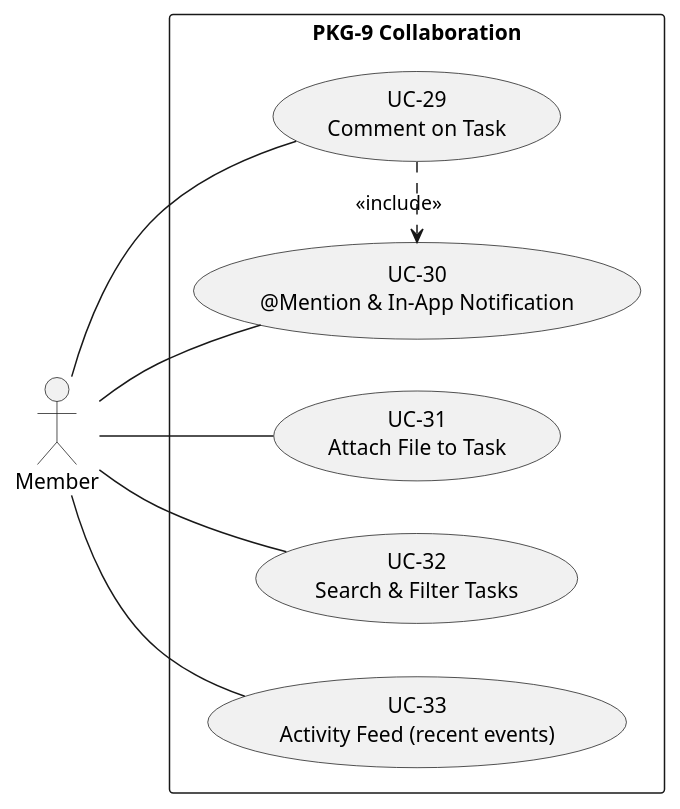
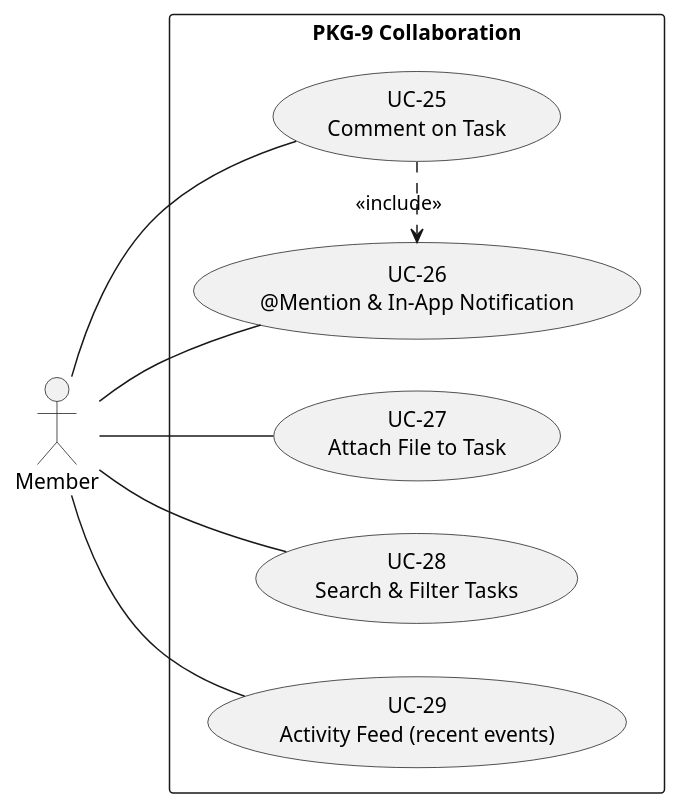
Before and after one commit to pauloribeiro16/Methodology_compact: the fourth of 11 diagrams in 02_CASES/Case_01_TinyTask_SaaS/03_PHASE3_DECOMPOSITION_RICH/annexes/A_Use_Case_Diagrams.md, drawn with PlantUML. The commit also changed other lines of this file and 23 other files, not shown here.

Commit message:
[EXECUTOR] F3 ledger-zero C1: 4 borderline re-laned (UC-07/11/12/16 → PROC-18..21, P7) + compact renumber (36 UCs: compliance 01..13, product 14..36); Doc20 v3.4 + Doc32 v1.3 (4 SSDF cards + articulation) + annexes/SVGs; gates green (verify_rich exit 0, mermaid 196/196, smoke 16/16)

````diff
--- a/02_CASES/Case_01_TinyTask_SaaS/03_PHASE3_DECOMPOSITION_RICH/annexes/A_Use_Case_Diagrams.md
+++ b/02_CASES/Case_01_TinyTask_SaaS/03_PHASE3_DECOMPOSITION_RICH/annexes/A_Use_Case_Diagrams.md
@@ -171,19 +171,19 @@
 ```plantuml
 @startuml
 left to right direction
 actor "Member" as MEM
 rectangle "PKG-9 Collaboration" {
-usecase "UC-29\nComment on Task" as UC911
-usecase "UC-30\n@Mention & In-App Notification" as UC921
-usecase "UC-31\nAttach File to Task" as UC931
-usecase "UC-32\nSearch & Filter Tasks" as UC941
-usecase "UC-33\nActivity Feed (recent events)" as UC951
+usecase "UC-25\nComment on Task" as UC911
+usecase "UC-26\n@Mention & In-App Notification" as UC921
+usecase "UC-27\nAttach File to Task" as UC931
+usecase "UC-28\nSearch & Filter Tasks" as UC941
+usecase "UC-29\nActivity Feed (recent events)" as UC951
 }
 MEM -- UC911
 MEM -- UC921
 MEM -- UC931
 MEM -- UC941
 MEM -- UC951
 UC911 .> UC921 : <<include>>
 @enduml
 ```
````
